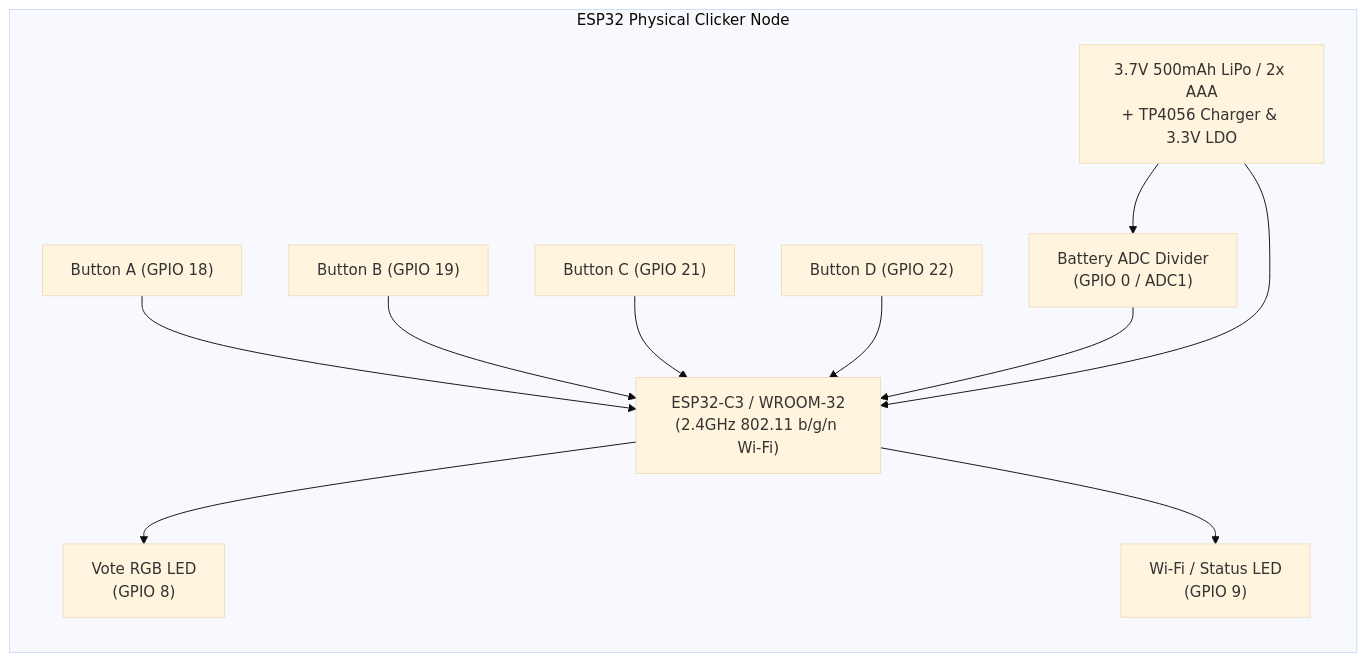
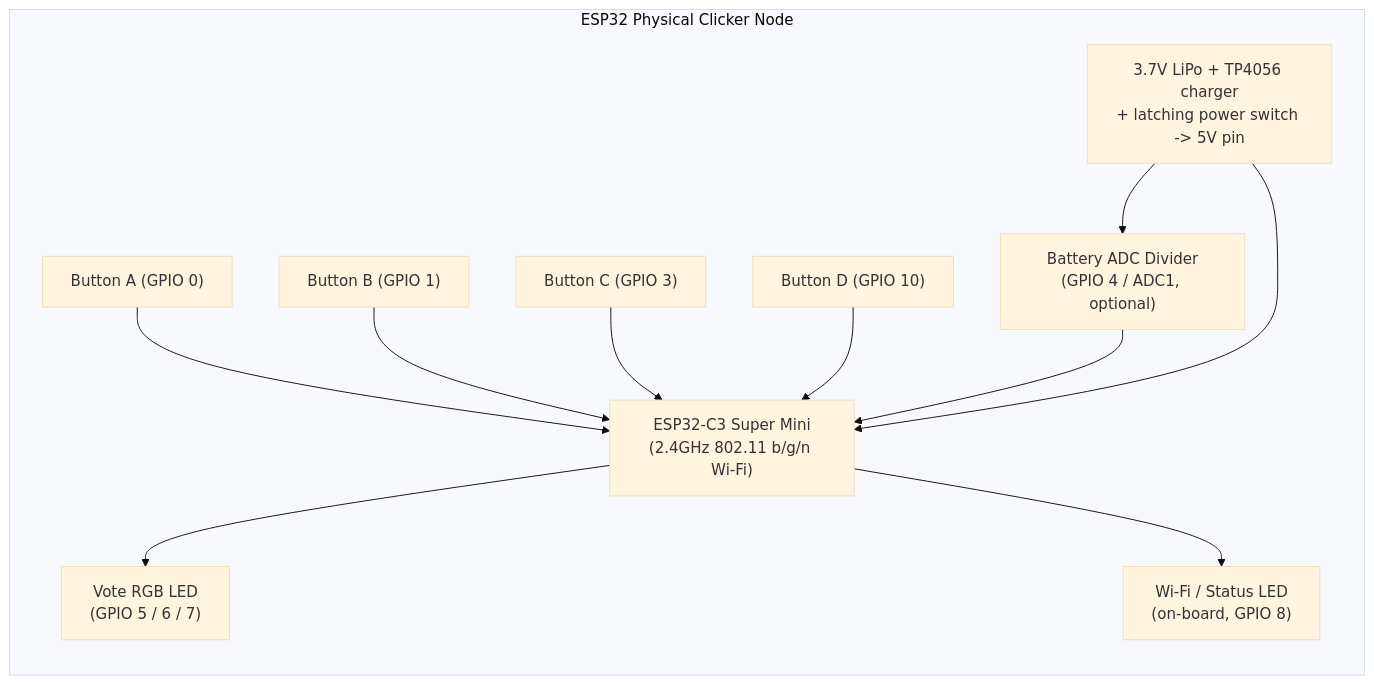
One commit to GabGP/TutorBox changed the first of 5 diagrams in docs/architecture/esp32-clicker-transport.md. Above: the diagram before and after it, drawn with Mermaid (base theme). The commit also changed other lines of this file and 57 other files, not shown here.

````diff
--- a/docs/architecture/esp32-clicker-transport.md
+++ b/docs/architecture/esp32-clicker-transport.md
@@ -51,24 +51,24 @@
 ```mermaid
 graph LR
     subgraph ESP32Node ["ESP32 Physical Clicker Node"]
-        MCU["ESP32-C3 / WROOM-32<br/>(2.4GHz 802.11 b/g/n Wi-Fi)"]
-        BtnA["Button A (GPIO 18)"]
-        BtnB["Button B (GPIO 19)"]
-        BtnC["Button C (GPIO 21)"]
-        BtnD["Button D (GPIO 22)"]
-        VoteLED["Vote RGB LED<br/>(GPIO 8)"]
-        NetLED["Wi-Fi / Status LED<br/>(GPIO 9)"]
-        BattDiv["Battery ADC Divider<br/>(GPIO 0 / ADC1)"]
-        Power["3.7V 500mAh LiPo / 2x AAA<br/>+ TP4056 Charger & 3.3V LDO"]
+        MCU["ESP32-C3 Super Mini<br/>(2.4GHz 802.11 b/g/n Wi-Fi)"]
+        BtnA["Button A (GPIO 0)"]
+        BtnB["Button B (GPIO 1)"]
+        BtnC["Button C (GPIO 3)"]
+        BtnD["Button D (GPIO 10)"]
+        VoteLED["Vote RGB LED<br/>(GPIO 5 / 6 / 7)"]
+        NetLED["Wi-Fi / Status LED<br/>(on-board, GPIO 8)"]
+        BattDiv["Battery ADC Divider<br/>(GPIO 4 / ADC1, optional)"]
+        Power["3.7V LiPo + TP4056 charger<br/>+ latching power switch -> 5V pin"]
 
         BtnA --> MCU
         BtnB --> MCU
         BtnC --> MCU
         BtnD --> MCU
         MCU --> VoteLED
         MCU --> NetLED
         BattDiv --> MCU
         Power --> BattDiv
         Power --> MCU
     end
 ```
````
